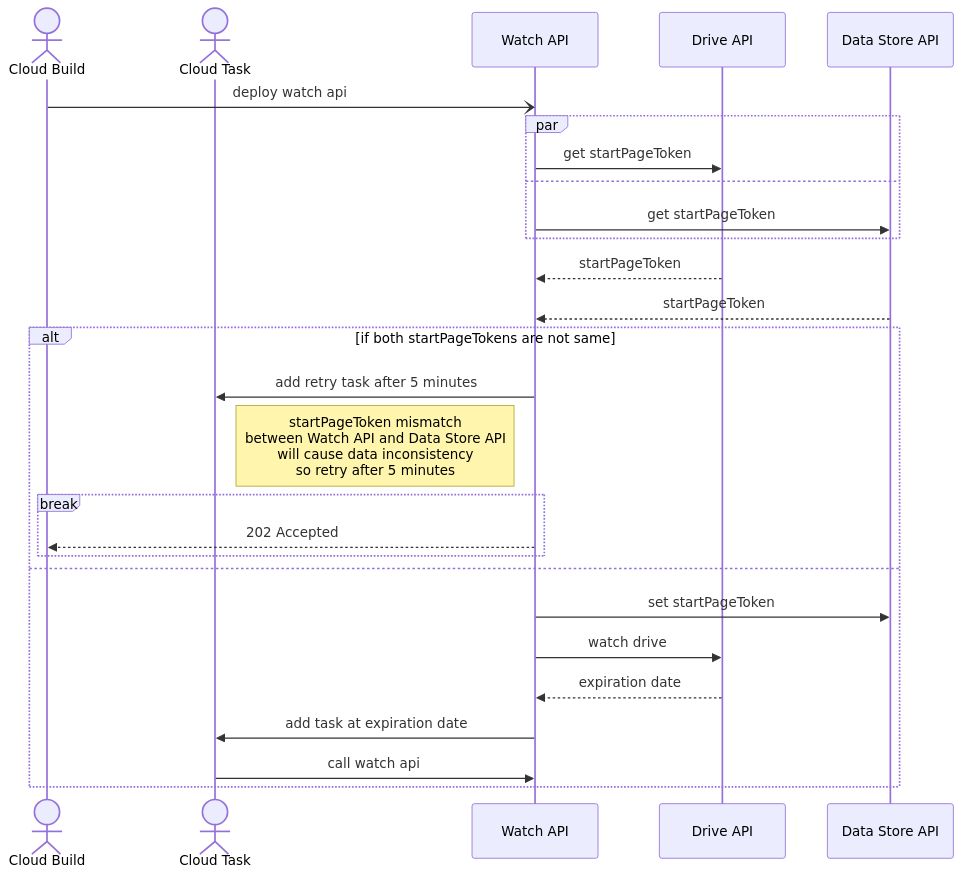
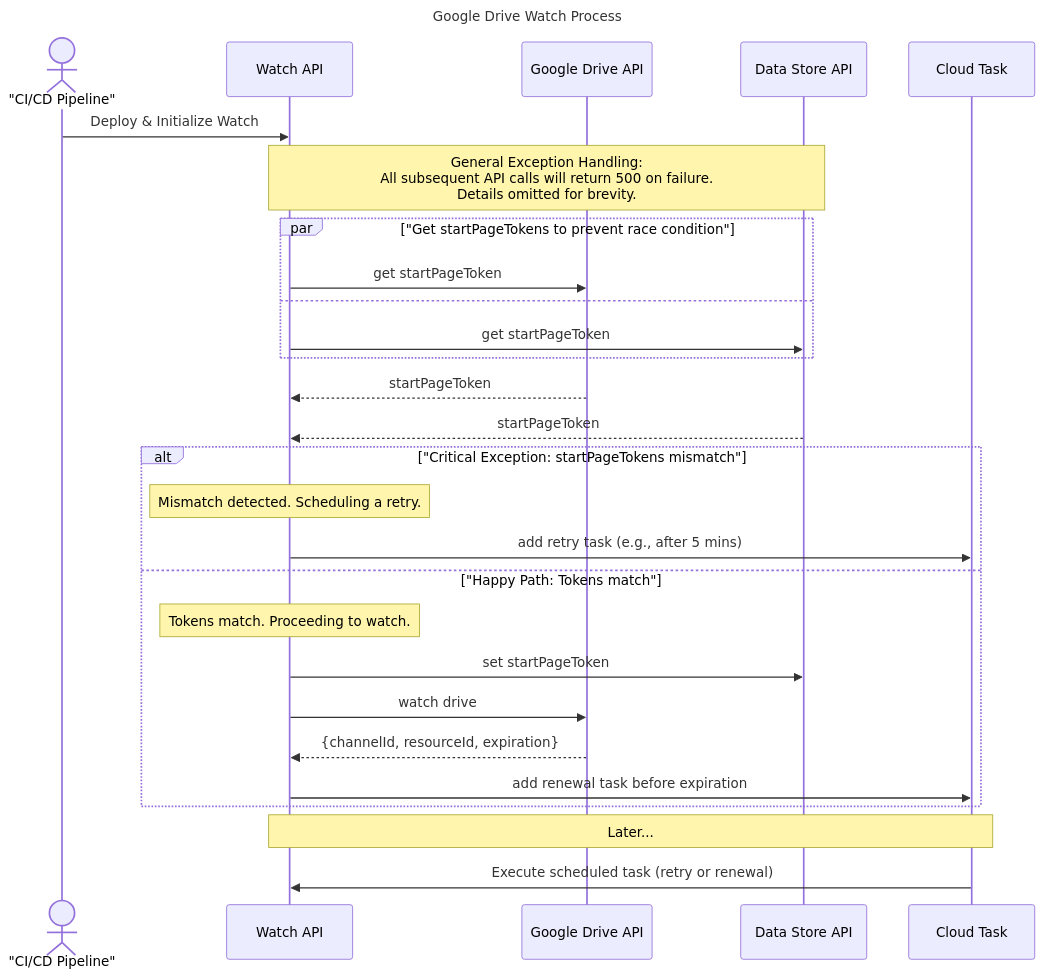
One commit to Soogyo-In/providentia changed the diagram in document/watch_google_drive.mmd. Above: the diagram before and after it, drawn with Mermaid. The commit also changed 3 other files, not shown here.

Commit message:
feat: google drive watch API 에 token missmatch 예외처리 추가

```diff
--- a/document/watch_google_drive.mmd
+++ b/document/watch_google_drive.mmd
@@ -1,33 +1,38 @@
 ---
 id: 99e36072-d15c-4d55-8eed-881d6c9224be
 ---
 sequenceDiagram
-  actor Cloud Build
-  actor Cloud Task
+  title Google Drive Watch Process
+
+  actor "CI/CD Pipeline"
   participant Watch API
-  participant Drive API
+  participant Google Drive API
   participant Data Store API
-  
-  Cloud Build  -) Watch API: deploy watch api
-  
-  par 
-    Watch API ->> Drive API: get startPageToken
+  participant Cloud Task
+
+  "CI/CD Pipeline" ->> Watch API: Deploy & Initialize Watch
+
+  note over Watch API, Data Store API: General Exception Handling:<br/>All subsequent API calls will return 500 on failure.<br/>Details omitted for brevity.
+
+  par "Get startPageTokens to prevent race condition"
+    Watch API ->> Google Drive API: get startPageToken
   and
     Watch API ->> Data Store API: get startPageToken
   end
-    Drive API -->> Watch API: startPageToken
-    Data Store API -->> Watch API: startPageToken
-  
-  alt if both startPageTokens are not same
-    Watch API ->> Cloud Task: add retry task after 5 minutes
-    note left of Watch API: startPageToken mismatch<br>between Watch API and Data Store API<br>will cause data inconsistency<br>so retry after 5 minutes
-    break
-      Watch API -->> Cloud Build: 202 Accepted
-    end
-  else
+
+  Google Drive API -->> Watch API: startPageToken
+  Data Store API -->> Watch API: startPageToken
+
+  alt "Critical Exception: startPageTokens mismatch"
+    note over Watch API: Mismatch detected. Scheduling a retry.
+    Watch API ->> Cloud Task: add retry task (e.g., after 5 mins)
+  else "Happy Path: Tokens match"
+    note over Watch API: Tokens match. Proceeding to watch.
     Watch API ->> Data Store API: set startPageToken
-    Watch API ->> Drive API: watch drive
-    Drive API -->> Watch API: expiration date
-    Watch API ->> Cloud Task: add task at expiration date
-    Cloud Task ->> Watch API: call watch api
+    Watch API ->> Google Drive API: watch drive
+    Google Drive API -->> Watch API: {channelId, resourceId, expiration}
+    Watch API ->> Cloud Task: add renewal task before expiration
   end
+
+  note over Cloud Task, Watch API: Later...
+  Cloud Task ->> Watch API: Execute scheduled task (retry or renewal)
```
